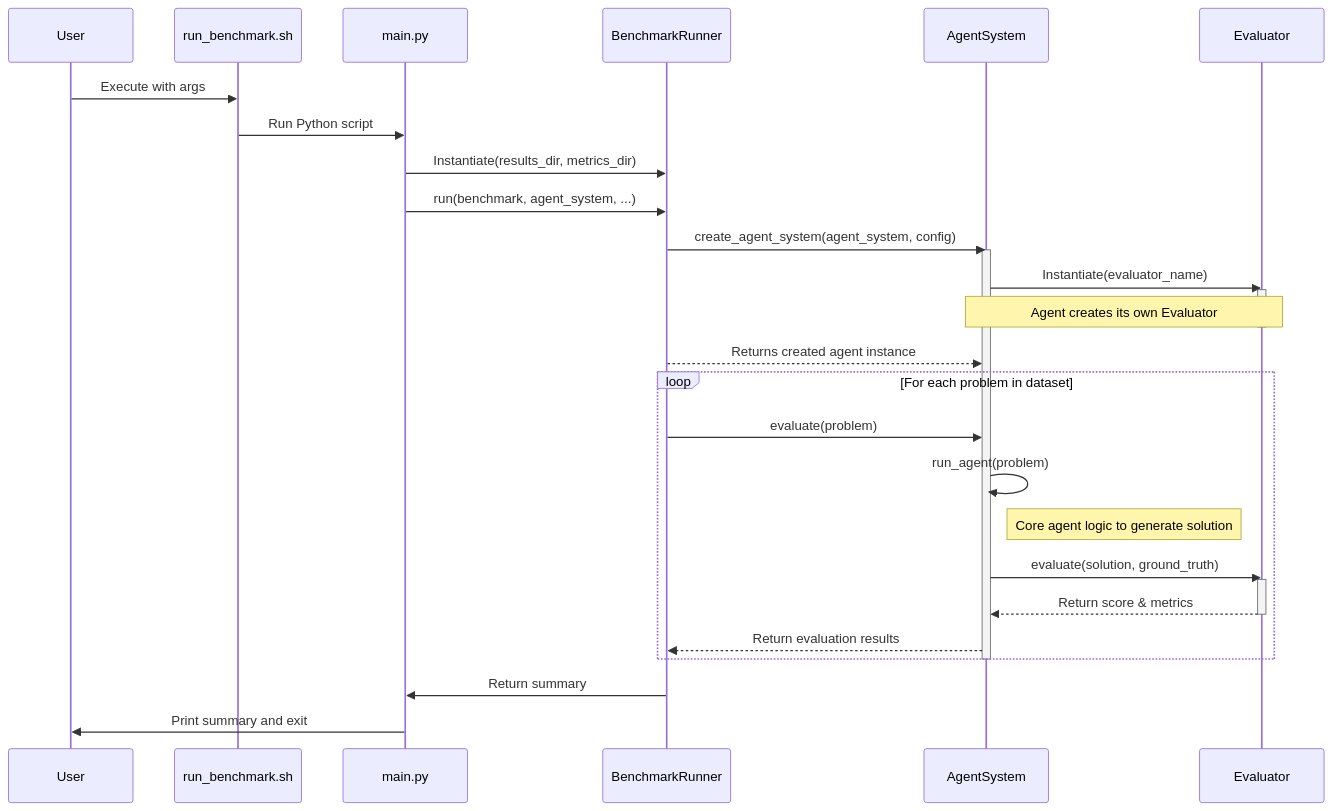
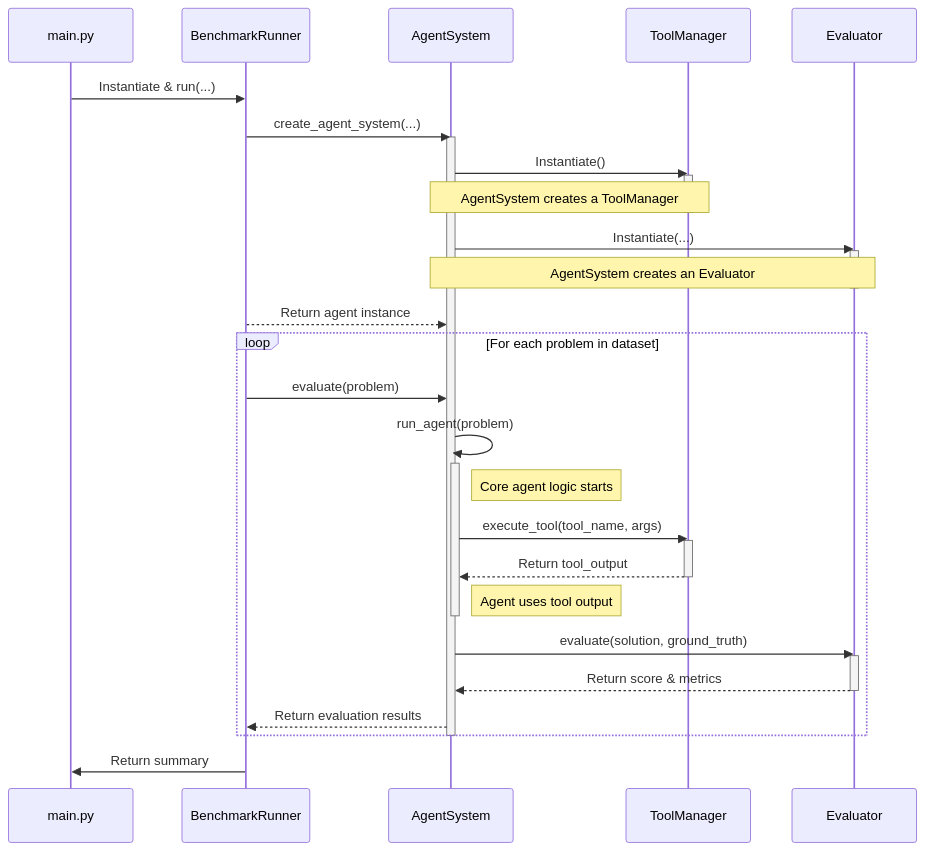
The second of 4 diagrams in docs/architecture/system_overview.md (zhhhhhhhy/MASArena), drawn with Mermaid before and after one commit. The commit also changed other lines of this file and 2 other files, not shown here.

````diff
--- a/docs/architecture/system_overview.md
+++ b/docs/architecture/system_overview.md
@@ -92,40 +117,54 @@
 ```mermaid
 sequenceDiagram
-    participant User
-    participant run_benchmark.sh
     participant main.py
     participant BenchmarkRunner
     participant AgentSystem
+    participant ToolManager
     participant Evaluator
 
-    User->>run_benchmark.sh: Execute with args
-    run_benchmark.sh->>main.py: Run Python script
-    main.py->>BenchmarkRunner: Instantiate(results_dir, metrics_dir)
-    main.py->>BenchmarkRunner: run(benchmark, agent_system, ...)
+    main.py->>BenchmarkRunner: Instantiate & run(...)
 
-    BenchmarkRunner->>AgentSystem: create_agent_system(agent_system, config)
+    BenchmarkRunner->>AgentSystem: create_agent_system(...)
     activate AgentSystem
     
-    AgentSystem->>Evaluator: Instantiate(evaluator_name)
+    AgentSystem->>ToolManager: Instantiate()
+    activate ToolManager
+    Note over AgentSystem, ToolManager: AgentSystem creates a ToolManager
+    deactivate ToolManager
+    
+    AgentSystem->>Evaluator: Instantiate(...)
     activate Evaluator
-    Note over AgentSystem, Evaluator: Agent creates its own Evaluator
+    Note over AgentSystem, Evaluator: AgentSystem creates an Evaluator
     deactivate Evaluator
     
-    BenchmarkRunner-->>AgentSystem: Returns created agent instance
+    BenchmarkRunner-->>AgentSystem: Return agent instance
 
     loop For each problem in dataset
         BenchmarkRunner->>AgentSystem: evaluate(problem)
+        
         AgentSystem->>AgentSystem: run_agent(problem)
-        Note right of AgentSystem: Core agent logic to generate solution
+        activate AgentSystem
+        
+        Note right of AgentSystem: Core agent logic starts
+        
+        AgentSystem->>ToolManager: execute_tool(tool_name, args)
+        activate ToolManager
+        ToolManager-->>AgentSystem: Return tool_output
+        deactivate ToolManager
+        
+        Note right of AgentSystem: Agent uses tool output
+        
+        deactivate AgentSystem
+        
         AgentSystem->>Evaluator: evaluate(solution, ground_truth)
         activate Evaluator
         Evaluator-->>AgentSystem: Return score & metrics
         deactivate Evaluator
+        
         AgentSystem-->>BenchmarkRunner: Return evaluation results
     end
     
     deactivate AgentSystem
     
     BenchmarkRunner->>main.py: Return summary
-    main.py->>User: Print summary and exit
 ```
````
